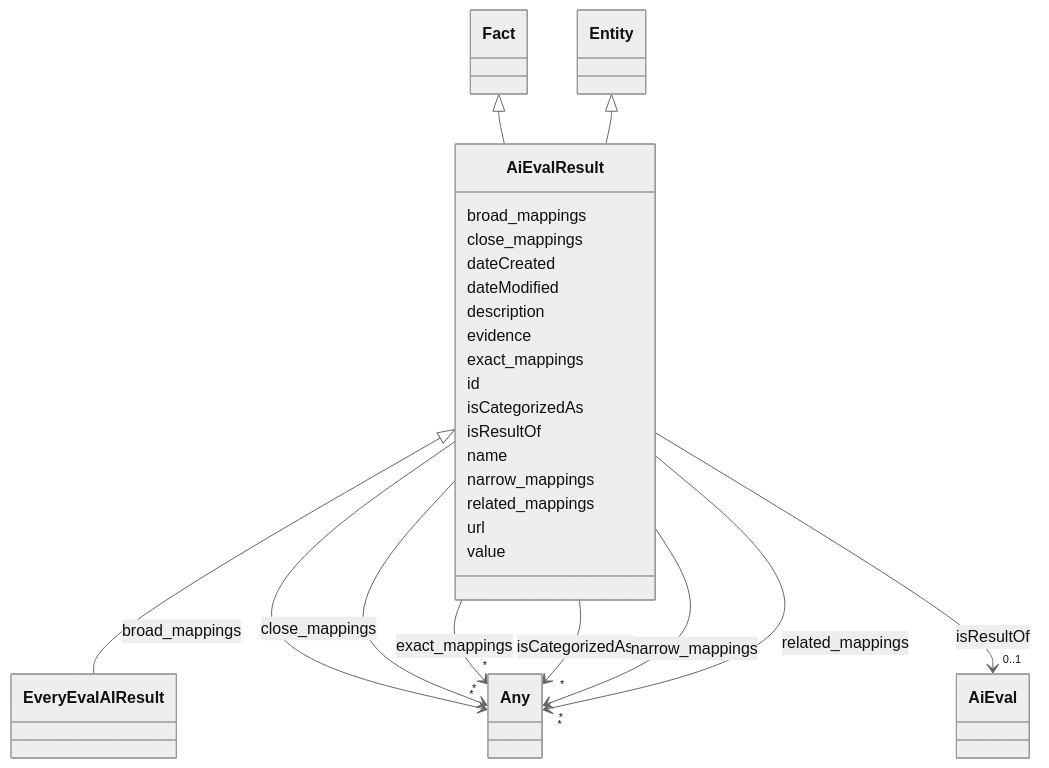
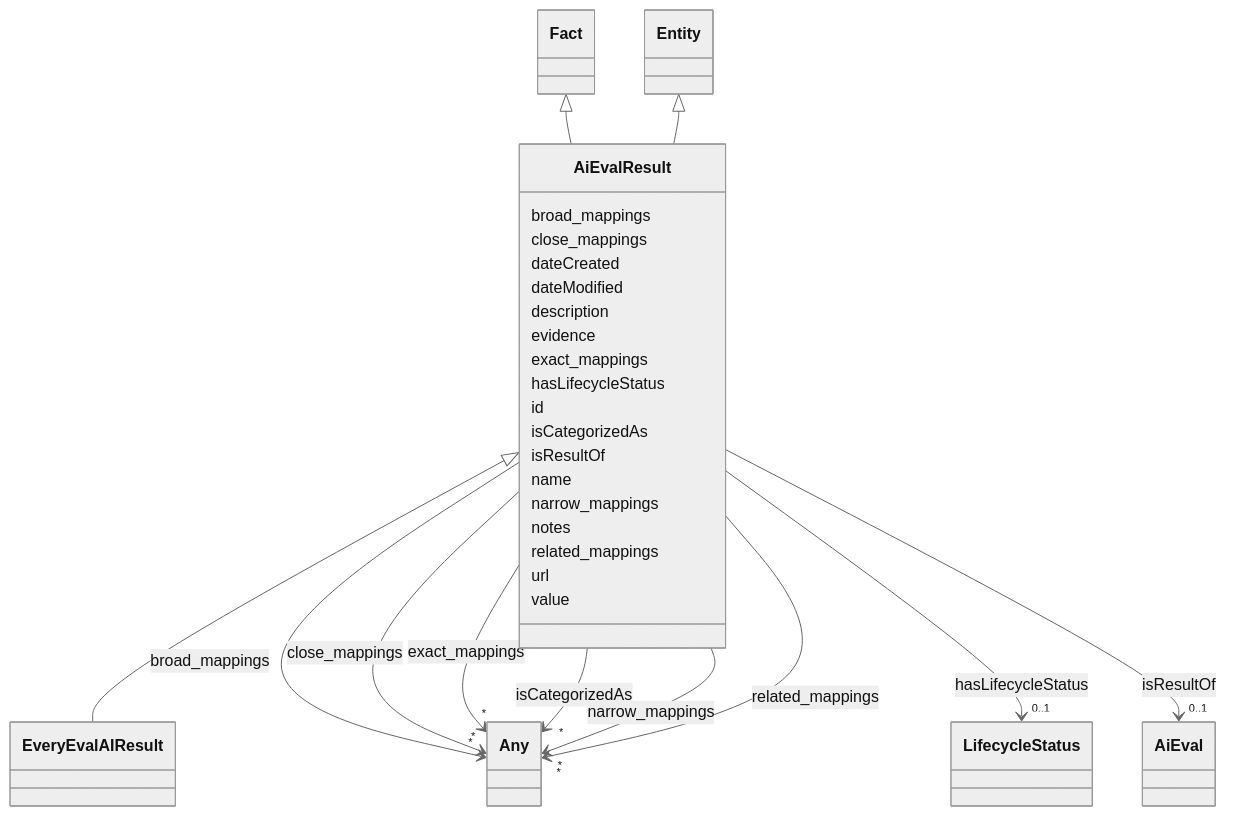
Before and after one commit to ingelise/risk-atlas-nexus: the diagram in docs/ontology/AiEvalResult.md, drawn with Mermaid (neutral theme). The commit also changed other lines of this file and 190 other files, not shown here.

```diff
--- a/docs/ontology/AiEvalResult.md
+++ b/docs/ontology/AiEvalResult.md
@@ -66,6 +66,17 @@
 
 
 
+      AiEvalResult : hasLifecycleStatus
+
+
+
+
+
+        AiEvalResult --> "0..1" LifecycleStatus : hasLifecycleStatus
+        click LifecycleStatus href "../LifecycleStatus/"
+
+
+
       AiEvalResult : id
 
       AiEvalResult : isCategorizedAs
@@ -103,6 +114,8 @@
 
 
 
+      AiEvalResult : notes
+
       AiEvalResult : related_mappings
 
 
```
